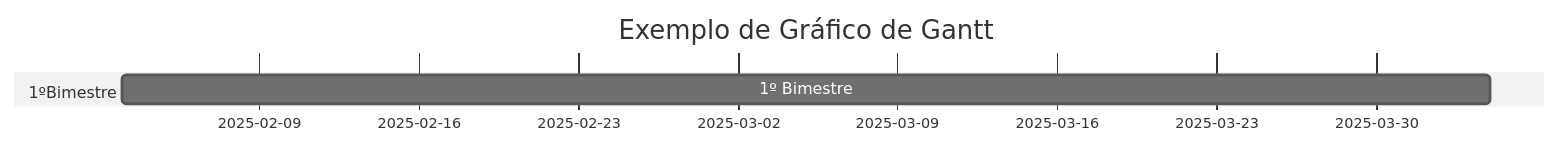
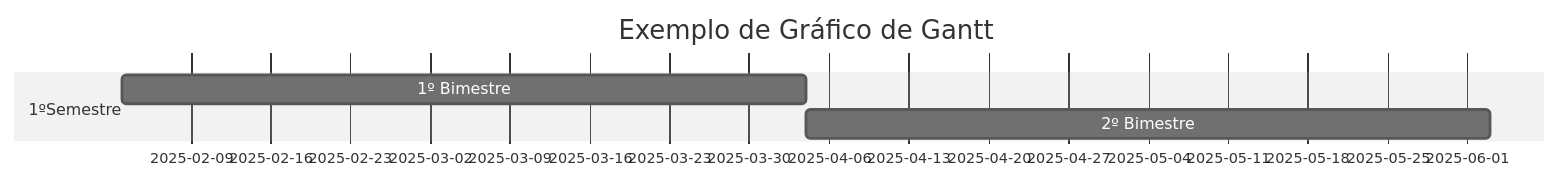
The third of 3 diagrams in README.md (TheLimaLeo/grafico_de_Gantt), drawn with Mermaid (neutral theme) before and after one commit.

````diff
--- a/README.md
+++ b/README.md
@@ -17,8 +17,10 @@
 ```mermaid
 gantt
   title Exemplo de Gráfico de Gantt
 dateFormat YYYY-MM-DD
-section 1ºBimestre
+section 1ºSemestre
 1º Bimestre: a1, 2025-02-03, 60d
+2º Bimestre: a2, after a1, 60d
 section 2ºBimestre
+
 ```
````
